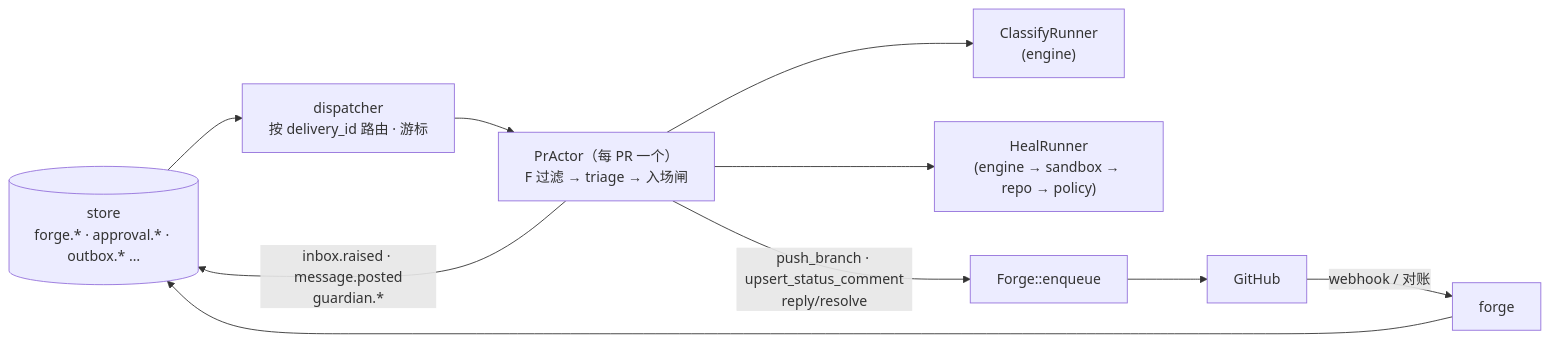
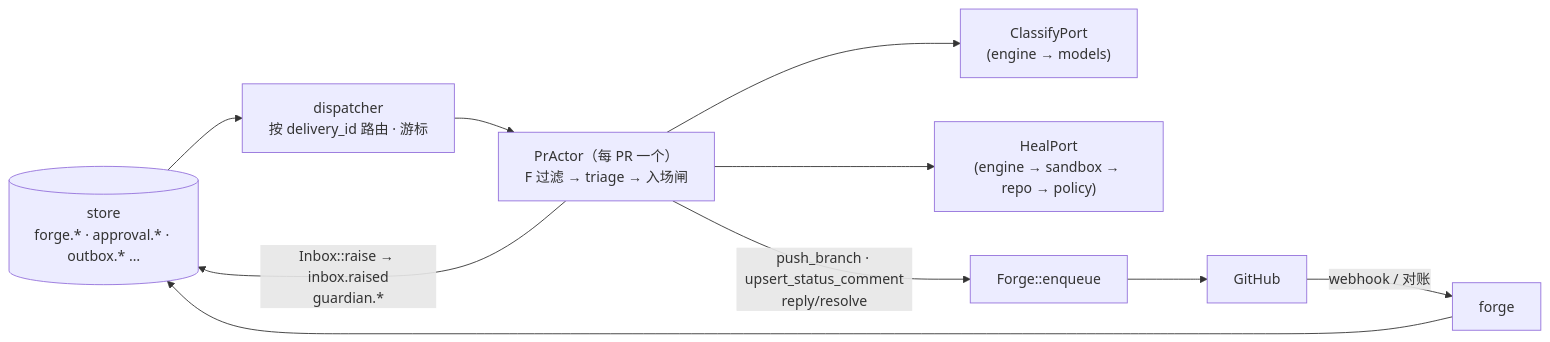
The first of 3 diagrams in docs/modules/guardian.md (LeXwDeX/Gantry), drawn with Mermaid before and after one commit. The commit also changed other lines of this file and 4 other files, not shown here.

````diff
--- a/docs/modules/guardian.md
+++ b/docs/modules/guardian.md
@@ -197,12 +203,12 @@
 ```mermaid
 flowchart LR
   ST[("store<br/>forge.* · approval.* · outbox.* …")] --> DSP["dispatcher<br/>按 delivery_id 路由 · 游标"]
   DSP --> A["PrActor（每 PR 一个）<br/>F 过滤 → triage → 入场闸"]
-  A --> CL["ClassifyRunner<br/>(engine)"]
-  A --> HR["HealRunner<br/>(engine → sandbox → repo → policy)"]
+  A --> CL["ClassifyPort<br/>(engine → models)"]
+  A --> HR["HealPort<br/>(engine → sandbox → repo → policy)"]
   A -- "push_branch · upsert_status_comment<br/>reply/resolve" --> FG["Forge::enqueue"]
-  A -- "inbox.raised · message.posted<br/>guardian.*" --> ST
+  A -- "Inbox::raise → inbox.raised<br/>guardian.*" --> ST
   FG --> GH["GitHub"]
   GH -- "webhook / 对账" --> FO["forge"]
   FO --> ST
 ```
````
